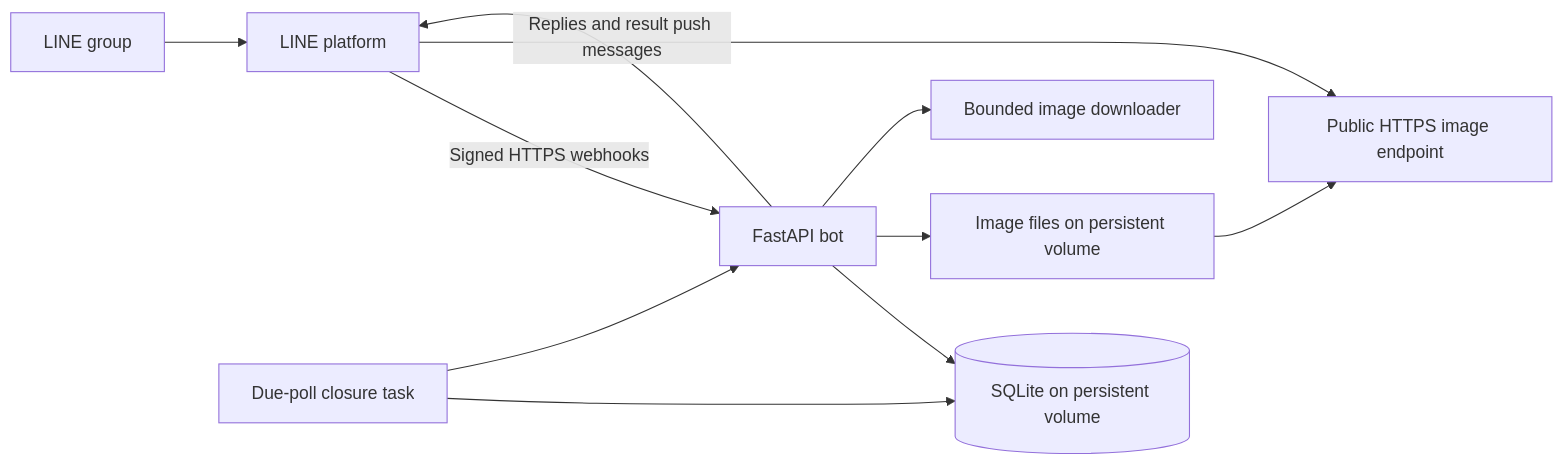
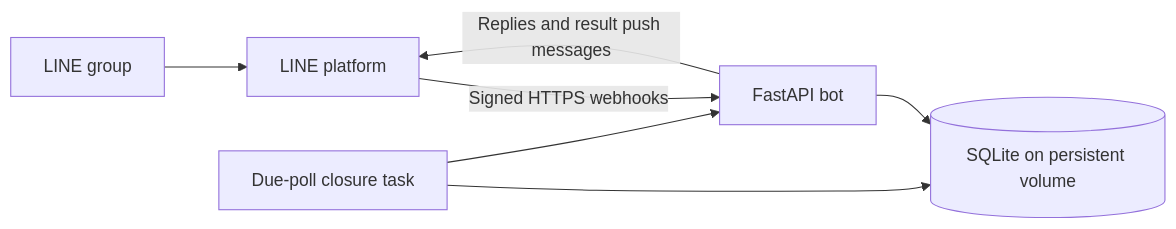
One commit to mossZmossZ/ginraidee-linebot changed the diagram in docs/implementation-plan.md. Above: the diagram before and after it, drawn with Mermaid. The commit also changed other lines of this file and 19 other files, not shown here.

````diff
--- a/docs/implementation-plan.md
+++ b/docs/implementation-plan.md
@@ -59,13 +60,9 @@
 ```mermaid
 flowchart LR
     Group[LINE group] --> LINE[LINE platform]
     LINE -->|Signed HTTPS webhooks| App[FastAPI bot]
     App -->|Replies and result push messages| LINE
     App --> DB[(SQLite on persistent volume)]
-    App --> Images[Image files on persistent volume]
-    App --> Fetch[Bounded image downloader]
     Closing[Due-poll closure task] --> DB
     Closing --> App
-    Images --> Public[Public HTTPS image endpoint]
-    LINE --> Public
 ```
````
